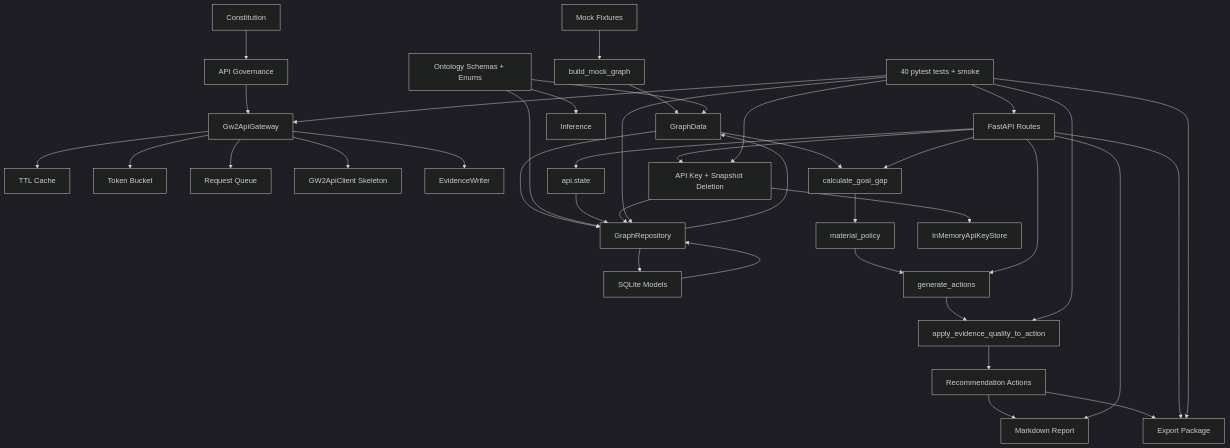
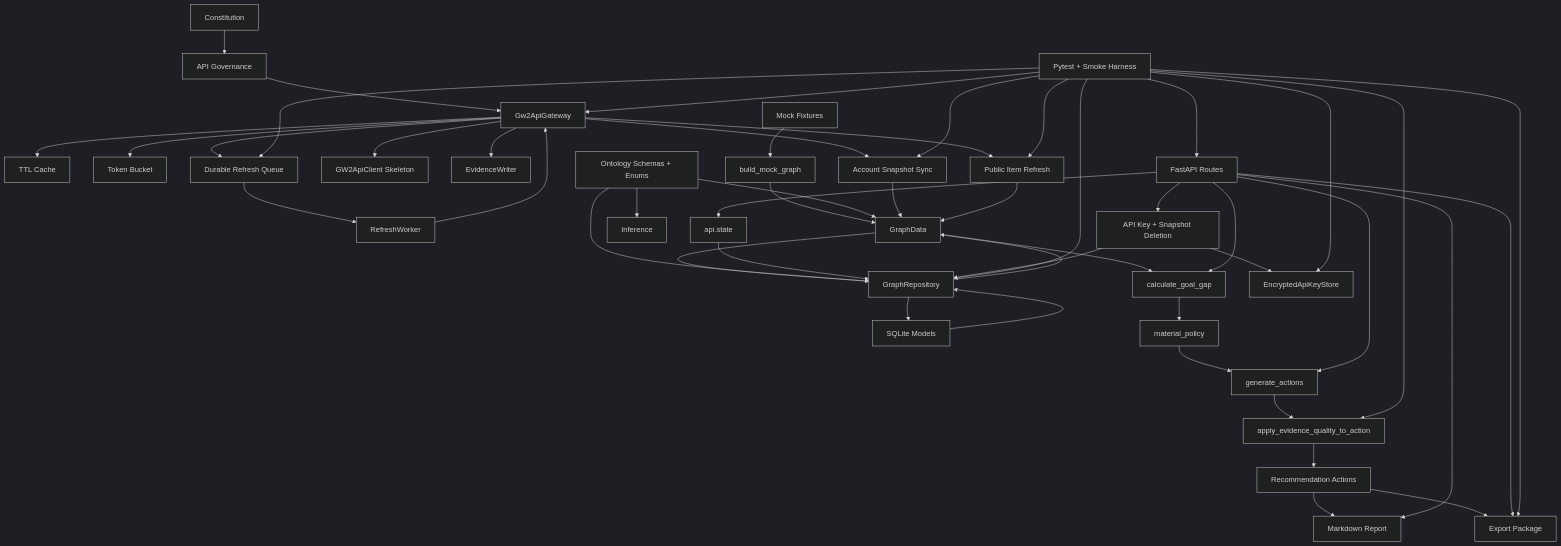
One commit to johnslee1207-commits/gw2radar changed the diagram in docs/analysis/GITNEXUS_MVP_MATURITY_ANALYSIS.md. Above: the diagram before and after it, drawn with Mermaid (dark theme). The commit also changed other lines of this file and 22 other files, not shown here.

````diff
--- a/docs/analysis/GITNEXUS_MVP_MATURITY_ANALYSIS.md
+++ b/docs/analysis/GITNEXUS_MVP_MATURITY_ANALYSIS.md
@@ -79,46 +70,56 @@
 ```mermaid
 flowchart TD
   Constitution["Constitution"] --> Governance["API Governance"]
   Governance --> Gateway["Gw2ApiGateway"]
   Gateway --> Cache["TTL Cache"]
   Gateway --> Limiter["Token Bucket"]
-  Gateway --> Queue["Request Queue"]
+  Gateway --> Queue["Durable Refresh Queue"]
   Gateway --> Client["GW2ApiClient Skeleton"]
   Gateway --> EvidenceWriter["EvidenceWriter"]
+  Queue --> RefreshWorker["RefreshWorker"]
+  RefreshWorker --> Gateway
 
   Fixtures["Mock Fixtures"] --> GraphBuilder["build_mock_graph"]
   GraphBuilder --> GraphData["GraphData"]
   GraphData --> Repo["GraphRepository"]
   Repo --> SQLite["SQLite Models"]
   SQLite --> Repo
   Repo --> GraphData
 
   Ontology["Ontology Schemas + Enums"] --> GraphData
   Ontology --> Repo
   Ontology --> Inference["Inference"]
 
   GraphData --> GoalGap["calculate_goal_gap"]
   GoalGap --> MaterialPolicy["material_policy"]
   MaterialPolicy --> ActionGenerator["generate_actions"]
   ActionGenerator --> EvidenceQuality["apply_evidence_quality_to_action"]
   EvidenceQuality --> Actions["Recommendation Actions"]
   Actions --> Report["Markdown Report"]
   Actions --> ExportPackage["Export Package"]
 
   API["FastAPI Routes"] --> APIState["api.state"]
   APIState --> Repo
   API --> GoalGap
   API --> ActionGenerator
   API --> Report
   API --> ExportPackage
   API --> AccountLifecycle["API Key + Snapshot Deletion"]
-  AccountLifecycle --> KeyStore["InMemoryApiKeyStore"]
+  AccountLifecycle --> KeyStore["EncryptedApiKeyStore"]
   AccountLifecycle --> Repo
 
-  Tests["40 pytest tests + smoke"] --> API
+  Gateway --> AccountSync["Account Snapshot Sync"]
+  Gateway --> PublicRefresh["Public Item Refresh"]
+  AccountSync --> GraphData
+  PublicRefresh --> GraphData
+
+  Tests["Pytest + Smoke Harness"] --> API
   Tests --> Repo
   Tests --> Gateway
   Tests --> EvidenceQuality
   Tests --> ExportPackage
-  Tests --> AccountLifecycle
+  Tests --> Queue
+  Tests --> KeyStore
+  Tests --> AccountSync
+  Tests --> PublicRefresh
 ```
````
